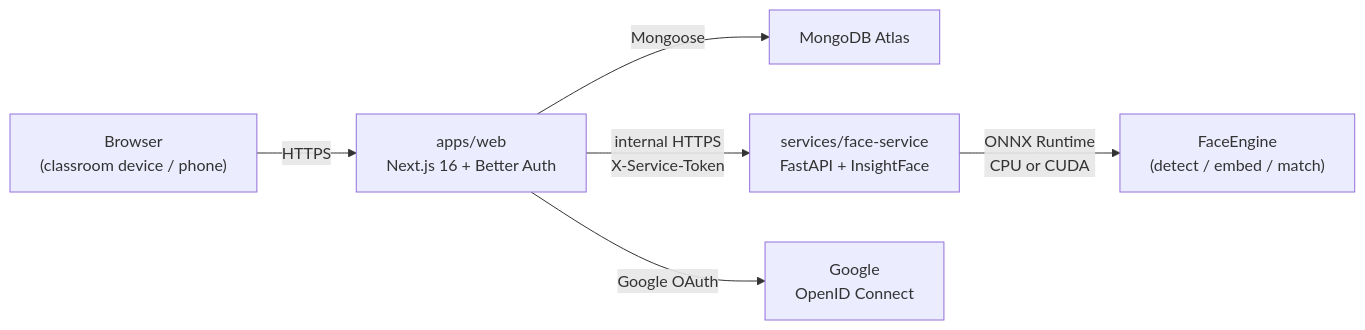
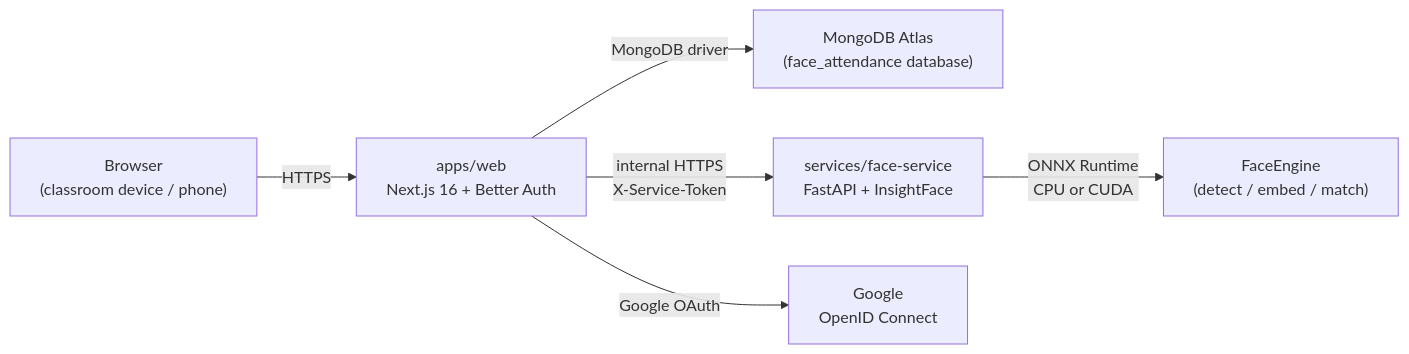
Before and after one commit to hoquan2007/face-attendance: the first of 3 diagrams in docs/architecture.md, drawn with Mermaid. The commit also changed other lines of this file and 27 other files, not shown here.

First line of the commit message:
feat(web): add Google OAuth auth, MongoDB session, dashboard and docs

````diff
--- a/docs/architecture.md
+++ b/docs/architecture.md
@@ -15,8 +15,8 @@
 ```mermaid
 flowchart LR
     Browser["Browser\n(classroom device / phone)"] -->|"HTTPS"| Web["apps/web\nNext.js 16 + Better Auth"]
-    Web -->|"Mongoose"| Mongo["MongoDB Atlas"]
+    Web -->|"MongoDB driver"| Mongo["MongoDB Atlas\n(face_attendance database)"]
     Web -->|"internal HTTPS\nX-Service-Token"| Face["services/face-service\nFastAPI + InsightFace"]
     Face -->|"ONNX Runtime\nCPU or CUDA"| Engine["FaceEngine\n(detect / embed / match)"]
     Web -->|"Google OAuth"| Google["Google\nOpenID Connect"]
 ```
````
